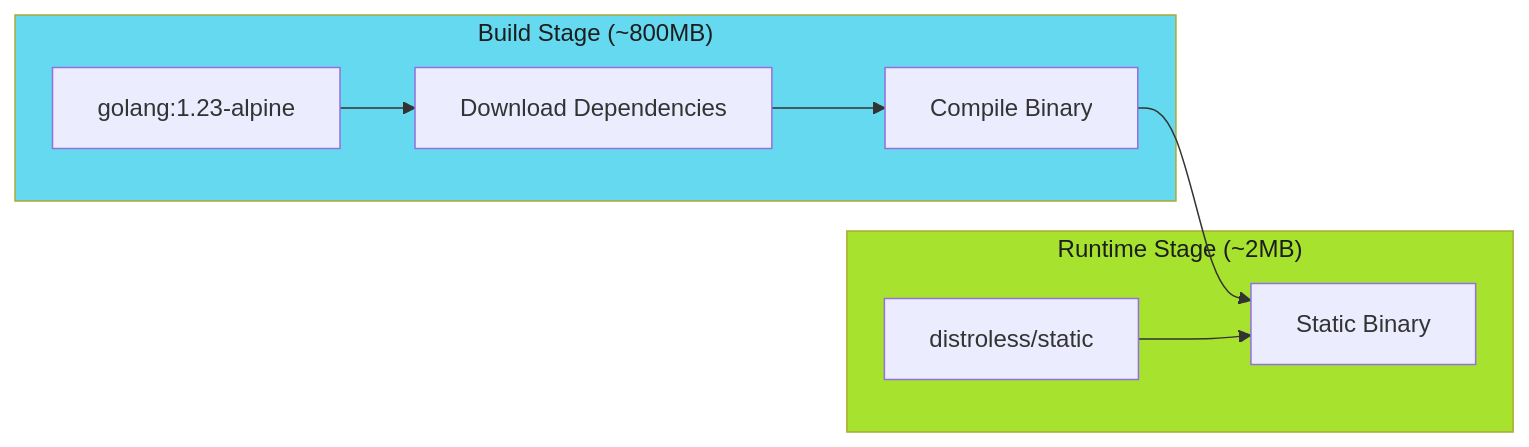
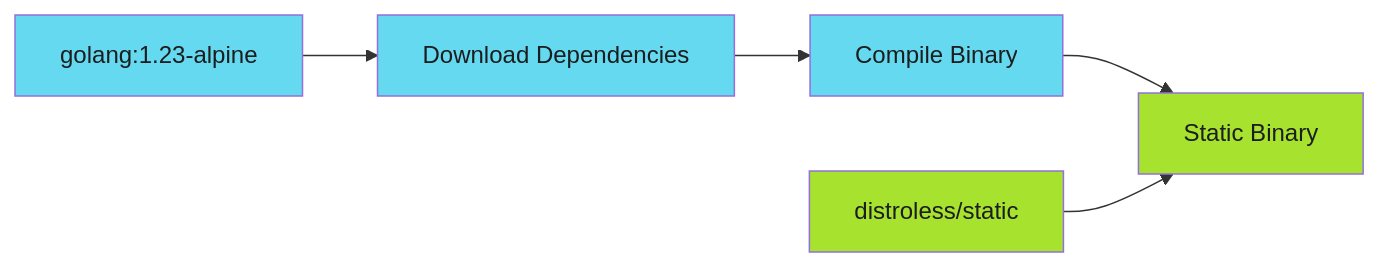
One commit to adaptive-enforcement-lab/adaptive-enforcement-lab-com changed the diagram in docs/developer-guide/go-cli-architecture/packaging/index.md. Above: the diagram before and after it, drawn with Mermaid. The commit also changed 2 other files, not shown here.

Commit message:
fix: improve Mermaid diagram readability
- Remove subgraph backgrounds that obscure text
- Add semantic colors to all nodes
- Simplify testing pyramid without nested subgraphs
- Color orchestrator flow nodes by function type
- Color build flow nodes by stage (build vs runtime)

````diff
--- a/docs/developer-guide/go-cli-architecture/packaging/index.md
+++ b/docs/developer-guide/go-cli-architecture/packaging/index.md
@@ -19,19 +19,13 @@
 ```mermaid
 graph LR
-    subgraph Build["Build Stage (~800MB)"]
-        Go[golang:1.23-alpine]
-        Deps[Download Dependencies]
-        Compile[Compile Binary]
-    end
+    Go[golang:1.23-alpine] --> Deps[Download Dependencies]
+    Deps --> Compile[Compile Binary]
+    Compile --> Binary[Static Binary]
+    Distroless[distroless/static] --> Binary
 
-    subgraph Runtime["Runtime Stage (~2MB)"]
-        Distroless[distroless/static]
-        Binary[Static Binary]
-    end
-
-    Go --> Deps --> Compile --> Binary
-    Distroless --> Binary
-
-    style Build fill:#65d9ef,color:#1b1d1e
-    style Runtime fill:#a7e22e,color:#1b1d1e
+    style Go fill:#65d9ef,color:#1b1d1e
+    style Deps fill:#65d9ef,color:#1b1d1e
+    style Compile fill:#65d9ef,color:#1b1d1e
+    style Distroless fill:#a7e22e,color:#1b1d1e
+    style Binary fill:#a7e22e,color:#1b1d1e
 ```
````
